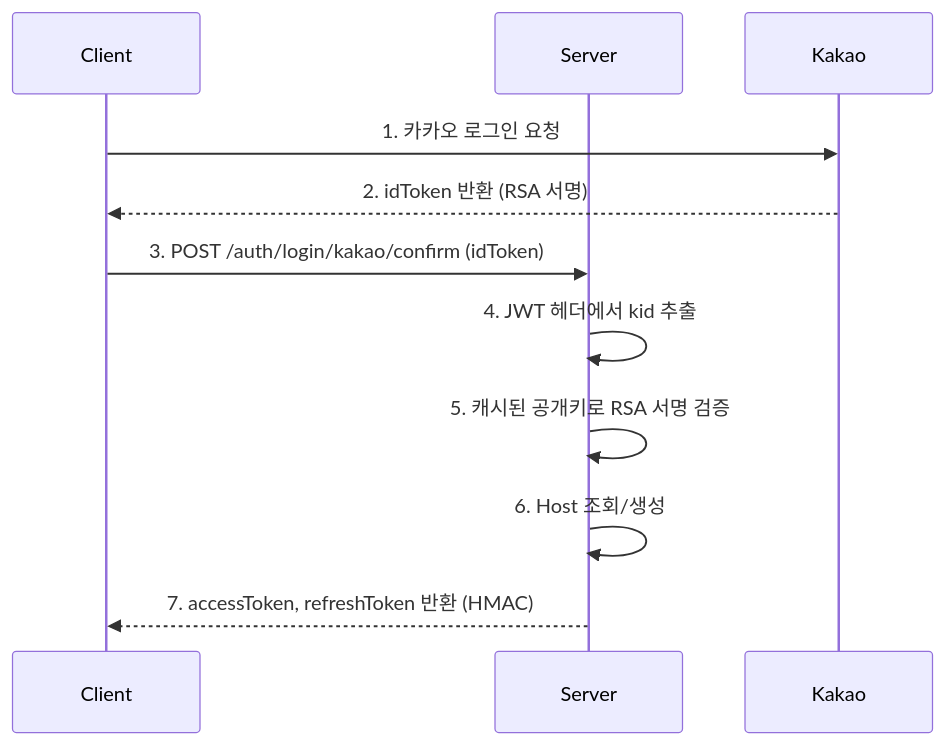
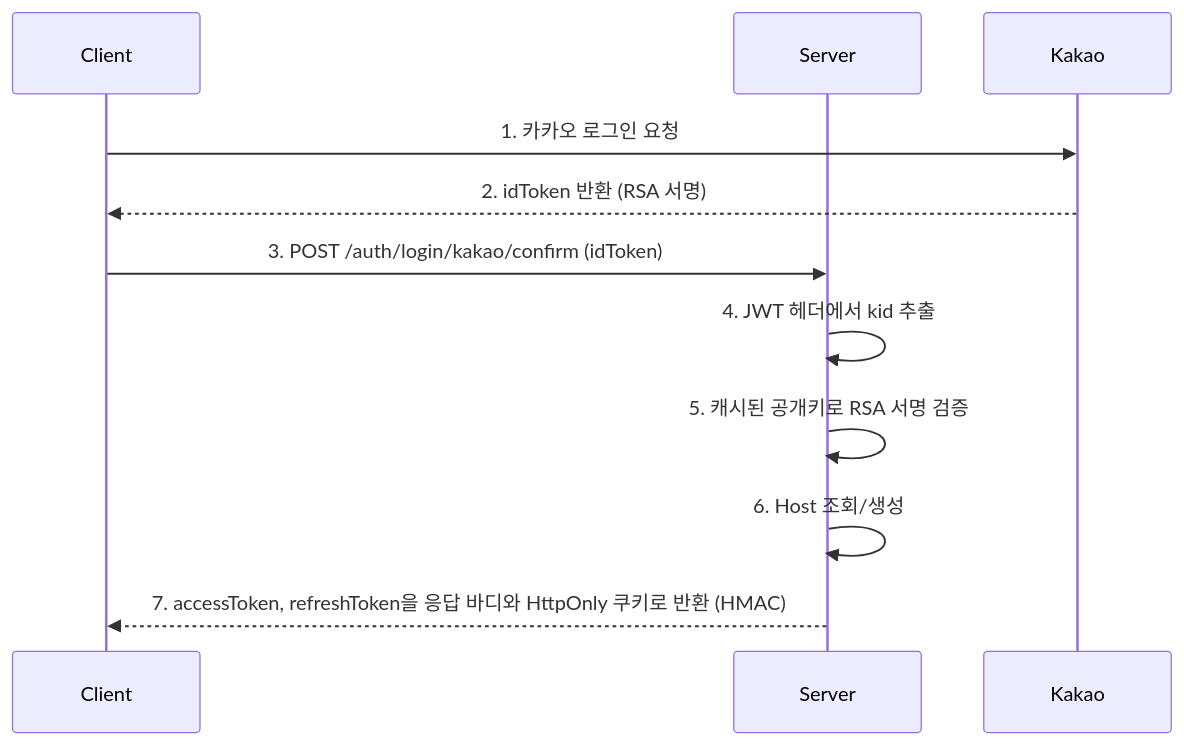
One commit to forgather-app/forgather-backend changed the first of 4 diagrams in .claude/docs/architecture.md. Above: the diagram before and after it, drawn with Mermaid. The commit also changed other lines of this file, not shown here.

````diff
--- a/.claude/docs/architecture.md
+++ b/.claude/docs/architecture.md
@@ -81,14 +80,14 @@
 ```mermaid
 sequenceDiagram
     participant Client
     participant Server
     participant Kakao
 
     Client->>Kakao: 1. 카카오 로그인 요청
     Kakao-->>Client: 2. idToken 반환 (RSA 서명)
     Client->>Server: 3. POST /auth/login/kakao/confirm (idToken)
     Server->>Server: 4. JWT 헤더에서 kid 추출
     Server->>Server: 5. 캐시된 공개키로 RSA 서명 검증
     Server->>Server: 6. Host 조회/생성
-    Server-->>Client: 7. accessToken, refreshToken 반환 (HMAC)
+    Server-->>Client: 7. accessToken, refreshToken을 응답 바디와 HttpOnly 쿠키로 반환 (HMAC)
 ```
````
